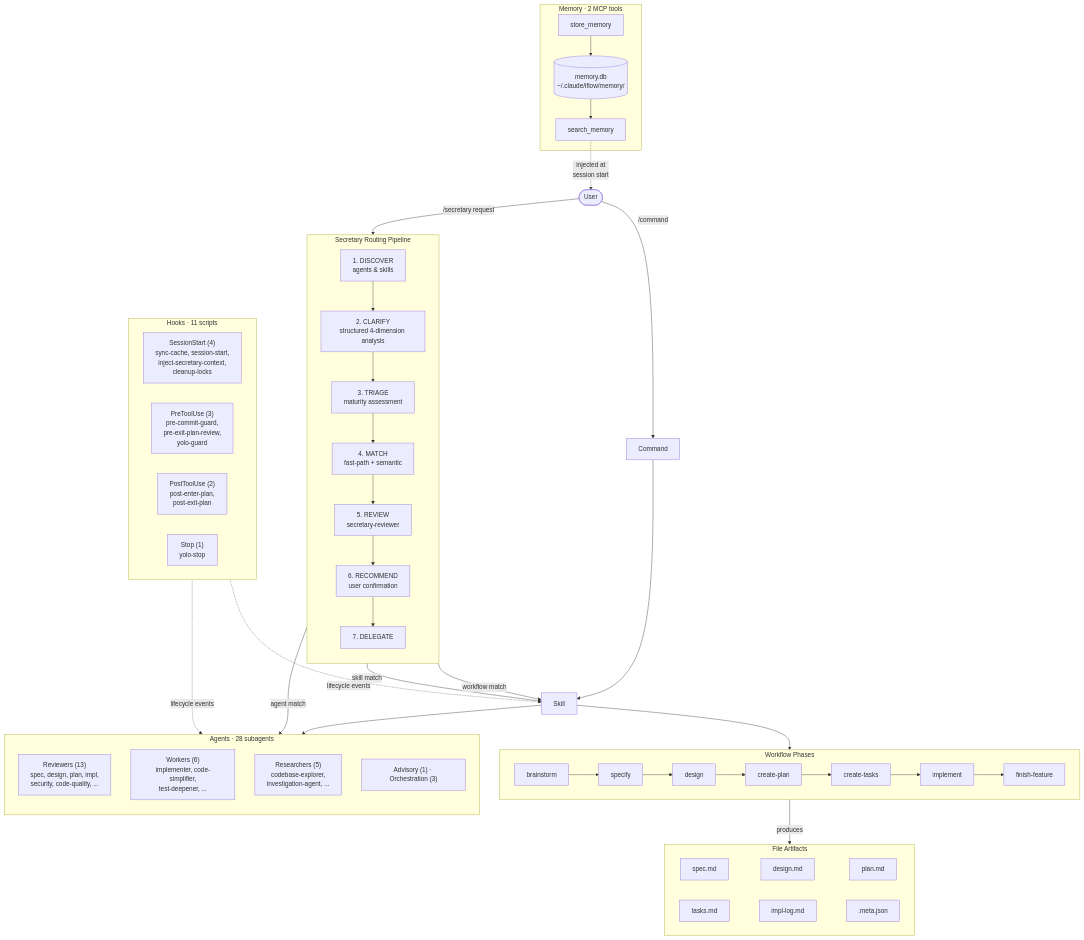
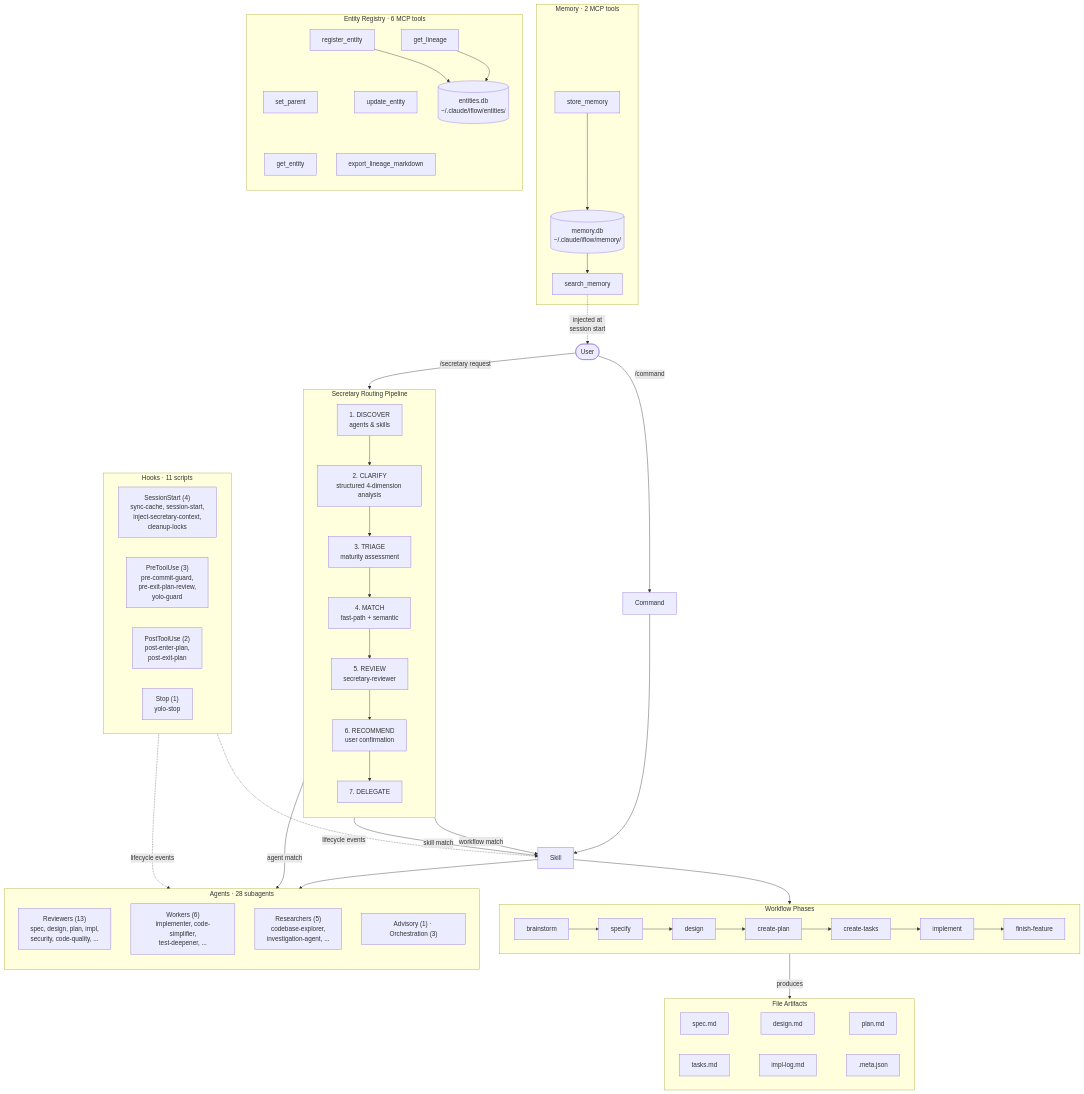
One commit to clthuang/my-ai-setup changed the diagram in README_FOR_DEV.md. Above: the diagram before and after it, drawn with Mermaid. The commit also changed other lines of this file and 23 other files, not shown here.

````diff
--- a/README_FOR_DEV.md
+++ b/README_FOR_DEV.md
@@ -122,62 +122,70 @@
 ```mermaid
 flowchart TD
     U([User]) -->|"/command"| CMD[Command]
     U -->|"/secretary request"| SEC
 
     subgraph SEC["Secretary Routing Pipeline"]
         direction TB
         S1["1. DISCOVER<br/>agents & skills"] --> S2["2. CLARIFY<br/>structured 4-dimension analysis"]
         S2 --> S3["3. TRIAGE<br/>maturity assessment"]
         S3 --> S4["4. MATCH<br/>fast-path + semantic"]
         S4 --> S5["5. REVIEW<br/>secretary-reviewer"]
         S5 --> S6["6. RECOMMEND<br/>user confirmation"]
         S6 --> S7["7. DELEGATE"]
     end
 
     CMD --> SK[Skill]
     S7 -->|"workflow match"| SK
     S7 -->|"agent match"| AG
     S7 -->|"skill match"| SK
 
     subgraph WORKFLOW["Workflow Phases"]
         direction LR
         WF1[brainstorm] --> WF2[specify] --> WF3[design]
         WF3 --> WF4[create-plan] --> WF5[create-tasks]
         WF5 --> WF6[implement] --> WF7[finish-feature]
     end
 
     SK --> WORKFLOW
     SK --> AG
 
     subgraph AG["Agents · 28 subagents"]
         direction TB
         A1["Reviewers (13)<br/>spec, design, plan, impl,<br/>security, code-quality, ..."]
         A2["Workers (6)<br/>implementer, code-simplifier,<br/>test-deepener, ..."]
         A3["Researchers (5)<br/>codebase-explorer,<br/>investigation-agent, ..."]
         A4["Advisory (1) · Orchestration (3)"]
     end
 
     WORKFLOW -->|"produces"| ART
 
     subgraph ART["File Artifacts"]
         F1[spec.md] ~~~ F2[design.md] ~~~ F3[plan.md]
         F4[tasks.md] ~~~ F5[impl-log.md] ~~~ F6[.meta.json]
     end
 
     subgraph HOOKS["Hooks · 11 scripts"]
         H1["SessionStart (4)<br/>sync-cache, session-start,<br/>inject-secretary-context,<br/>cleanup-locks"]
         H2["PreToolUse (3)<br/>pre-commit-guard,<br/>pre-exit-plan-review,<br/>yolo-guard"]
         H3["PostToolUse (2)<br/>post-enter-plan,<br/>post-exit-plan"]
         H4["Stop (1)<br/>yolo-stop"]
     end
 
     HOOKS -.->|"lifecycle events"| SK
     HOOKS -.->|"lifecycle events"| AG
 
     subgraph MEM["Memory · 2 MCP tools"]
         MCP1[store_memory] --> MB[("memory.db<br/>~/.claude/iflow/memory/")]
         MB --> MCP2[search_memory]
     end
 
+    subgraph ENT["Entity Registry · 6 MCP tools"]
+        direction TB
+        ET1[register_entity] ~~~ ET2[set_parent] ~~~ ET3[get_entity]
+        ET4[get_lineage] ~~~ ET5[update_entity] ~~~ ET6[export_lineage_markdown]
+        ET1 --> EB[("entities.db<br/>~/.claude/iflow/entities/")]
+        ET4 --> EB
+    end
+
     MCP2 -.->|"injected at<br/>session start"| U
 ```
````
